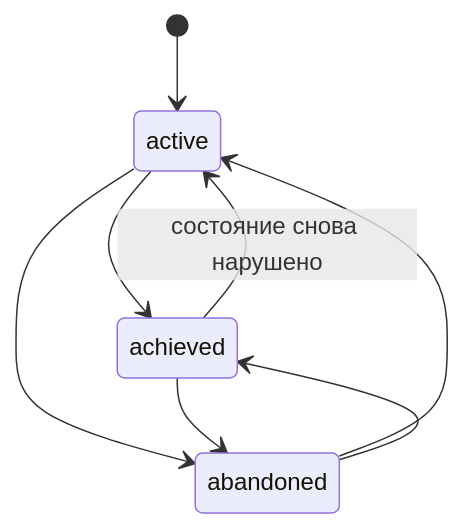
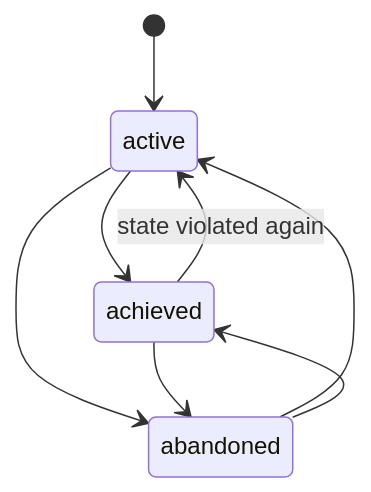
One commit to monthu56/taimen changed the second of 4 diagrams in guide/docs/control-plane/goals-and-evidence.md. Above: the diagram before and after it, drawn with Mermaid. The commit also changed other lines of this file and 183 other files, not shown here.

````diff
--- a/guide/docs/control-plane/goals-and-evidence.md
+++ b/guide/docs/control-plane/goals-and-evidence.md
@@ -77,10 +78,10 @@
 ```mermaid
 stateDiagram-v2
     [*] --> active
     active --> achieved
     active --> abandoned
-    achieved --> active: состояние снова нарушено
+    achieved --> active: state violated again
     abandoned --> active
     achieved --> abandoned
     abandoned --> achieved
 ```
````
